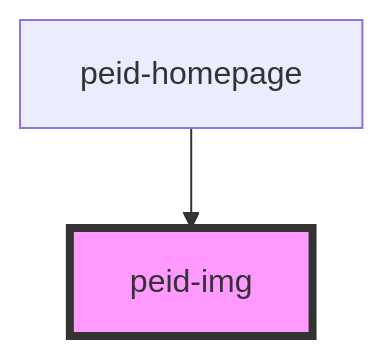
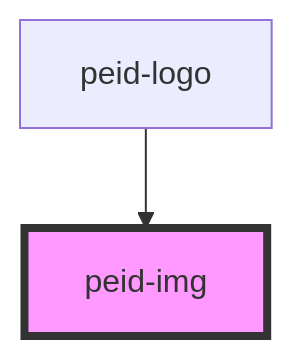
The diagram in packages/website/src/app/components/img/readme.md (peidesign/princeedwardisland.design), drawn with Mermaid before and after one commit. The commit also changed other lines of this file and 57 other files, not shown here.

````diff
--- a/packages/website/src/app/components/img/readme.md
+++ b/packages/website/src/app/components/img/readme.md
@@ -27,5 +27,5 @@
 ```mermaid
 graph TD;
-  peid-homepage --> peid-img
+  peid-logo --> peid-img
   style peid-img fill:#f9f,stroke:#333,stroke-width:4px
 ```
````
